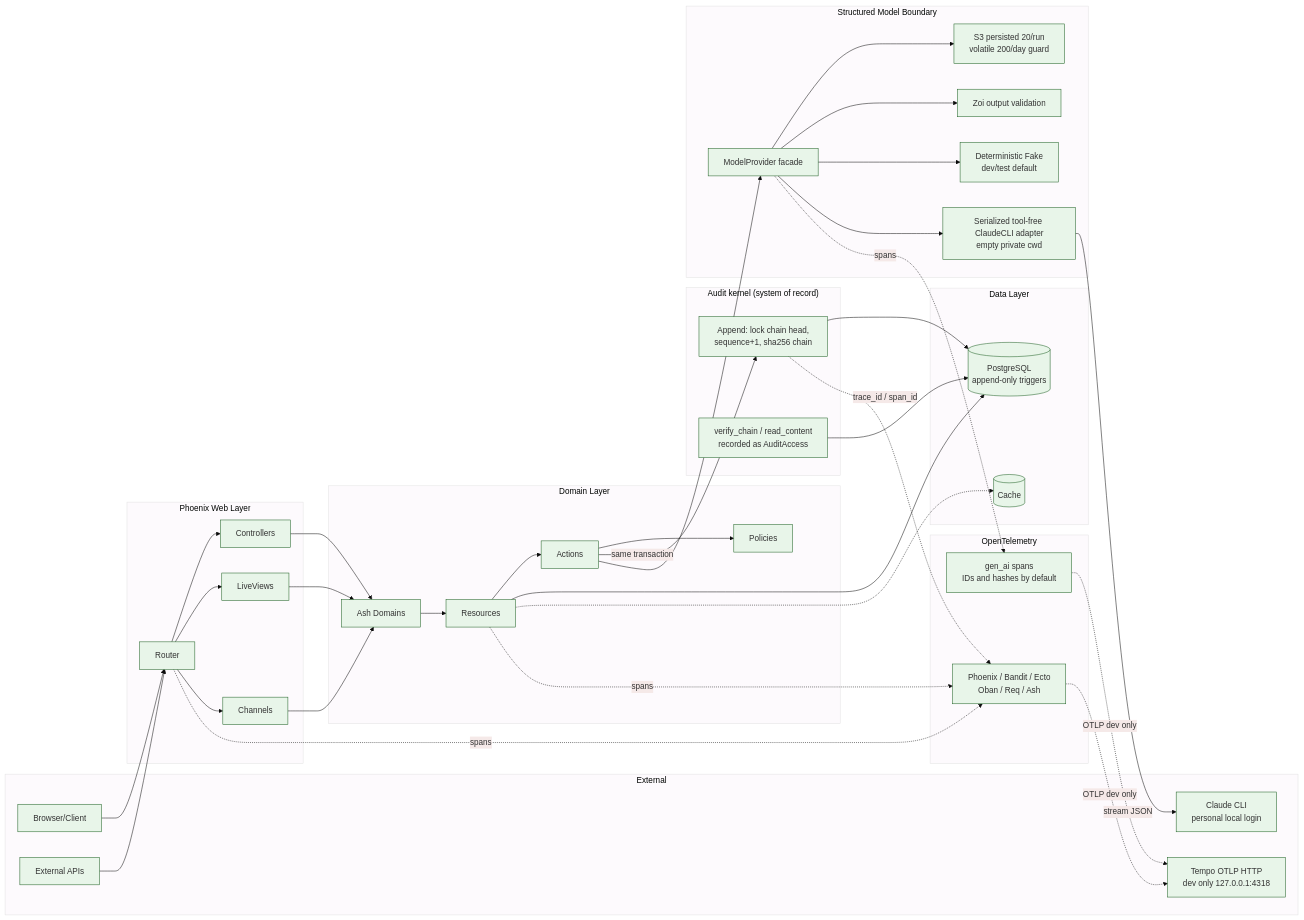
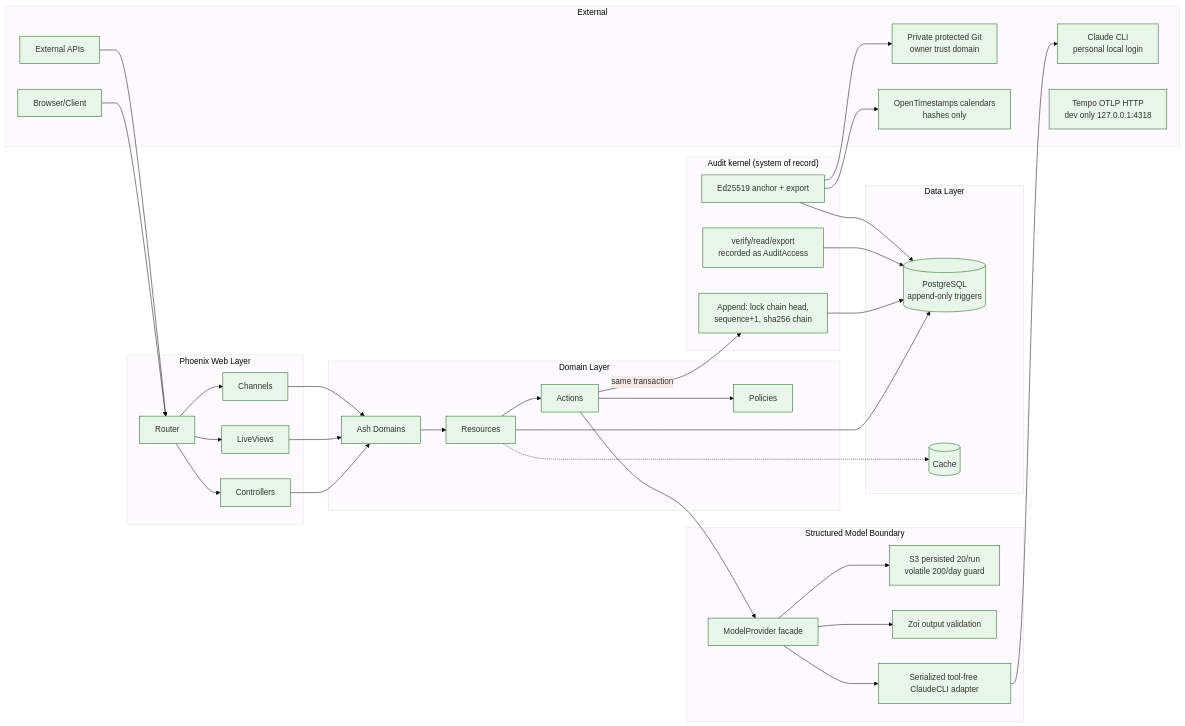
Before and after one commit to chops/sdr_agent: the diagram in docs/architecture/data-flow.mmd, drawn with Mermaid. The commit also changed 36 other files, not shown here.

```diff
--- a/docs/architecture/data-flow.mmd
+++ b/docs/architecture/data-flow.mmd
@@ -1,78 +1,71 @@
 %%{init: {'theme': 'base', 'themeVariables': { 'primaryColor': '#e8f5e9', 'primaryBorderColor': '#1b5e20'}}}%%
 flowchart LR
     subgraph External["External"]
         Browser[Browser/Client]
         API[External APIs]
         Claude[Claude CLI<br/>personal local login]
         Tempo[Tempo OTLP HTTP<br/>dev only 127.0.0.1:4318]
+        AnchorGit[Private protected Git<br/>owner trust domain]
+        OTS[OpenTimestamps calendars<br/>hashes only]
     end
 
     subgraph Web["Phoenix Web Layer"]
         Router[Router]
         Controllers[Controllers]
         LiveViews[LiveViews]
         Channels[Channels]
     end
 
     subgraph Domain["Domain Layer"]
         Domains[Ash Domains]
         Resources[Resources]
         Actions[Actions]
         Policies[Policies]
     end
 
-    subgraph AuditKernel["Audit kernel (system of record)"]
-        Append[Append: lock chain head,<br/>sequence+1, sha256 chain]
-        Verify[verify_chain / read_content<br/>recorded as AuditAccess]
-    end
-
     subgraph Data["Data Layer"]
         Postgres[(PostgreSQL<br/>append-only triggers)]
         Cache[(Cache)]
+    end
+
+    subgraph AuditKernel["Audit kernel (system of record)"]
+        Append[Append: lock chain head,<br/>sequence+1, sha256 chain]
+        Verify[verify/read/export<br/>recorded as AuditAccess]
+        Anchor[Ed25519 anchor + export]
     end
 
     subgraph AI["Structured Model Boundary"]
         Provider[ModelProvider facade]
         Budget[S3 persisted 20/run<br/>volatile 200/day guard]
         Validation[Zoi output validation]
-        Adapter[Serialized tool-free ClaudeCLI adapter<br/>empty private cwd]
-        Fake[Deterministic Fake<br/>dev/test default]
-    end
-
-    subgraph Observability["OpenTelemetry"]
-        Instrumentation[Phoenix / Bandit / Ecto<br/>Oban / Req / Ash]
-        GenAI[gen_ai spans<br/>IDs and hashes by default]
+        Adapter[Serialized tool-free ClaudeCLI adapter]
     end
 
     Browser --> Router
     API --> Router
     Router --> Controllers
     Router --> LiveViews
     Router --> Channels
     Controllers --> Domains
     LiveViews --> Domains
     Channels --> Domains
     Domains --> Resources
     Resources --> Actions
     Actions --> Policies
     Resources --> Postgres
     Actions -- same transaction --> Append
     Append --> Postgres
     Verify --> Postgres
-    Append -. trace_id / span_id .-> Instrumentation
-    Resources -.-> Cache
+    Anchor --> Postgres
+    Anchor --> AnchorGit
+    Anchor --> OTS
     Actions --> Provider
     Provider --> Budget
     Provider --> Validation
-    Provider --> Fake
     Provider --> Adapter
-    Adapter -- stream JSON --> Claude
-    Router -. spans .-> Instrumentation
-    Resources -. spans .-> Instrumentation
-    Provider -. spans .-> GenAI
-    Instrumentation -. OTLP dev only .-> Tempo
-    GenAI -. OTLP dev only .-> Tempo
+    Adapter --> Claude
+    Resources -.-> Cache
 
     %% Project shape: single
     %% Detected data layers:
     %% - AshPostgres (PostgreSQL)
```
